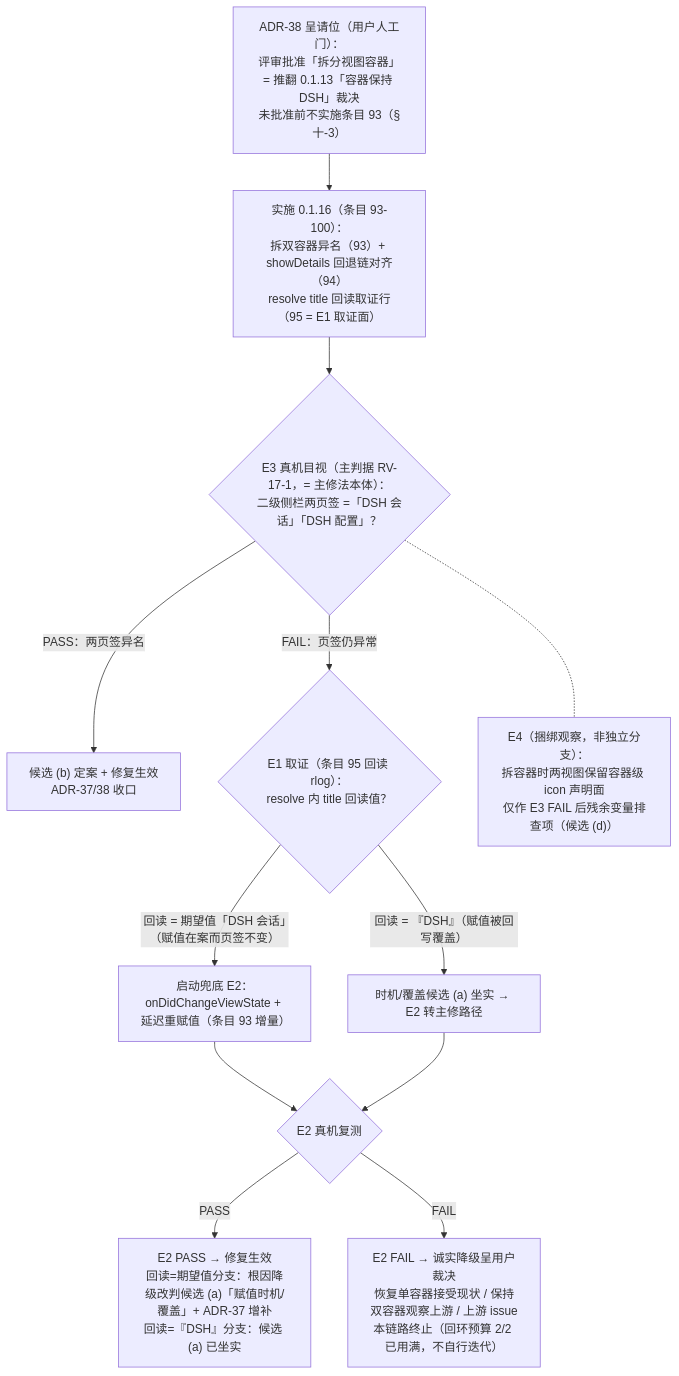
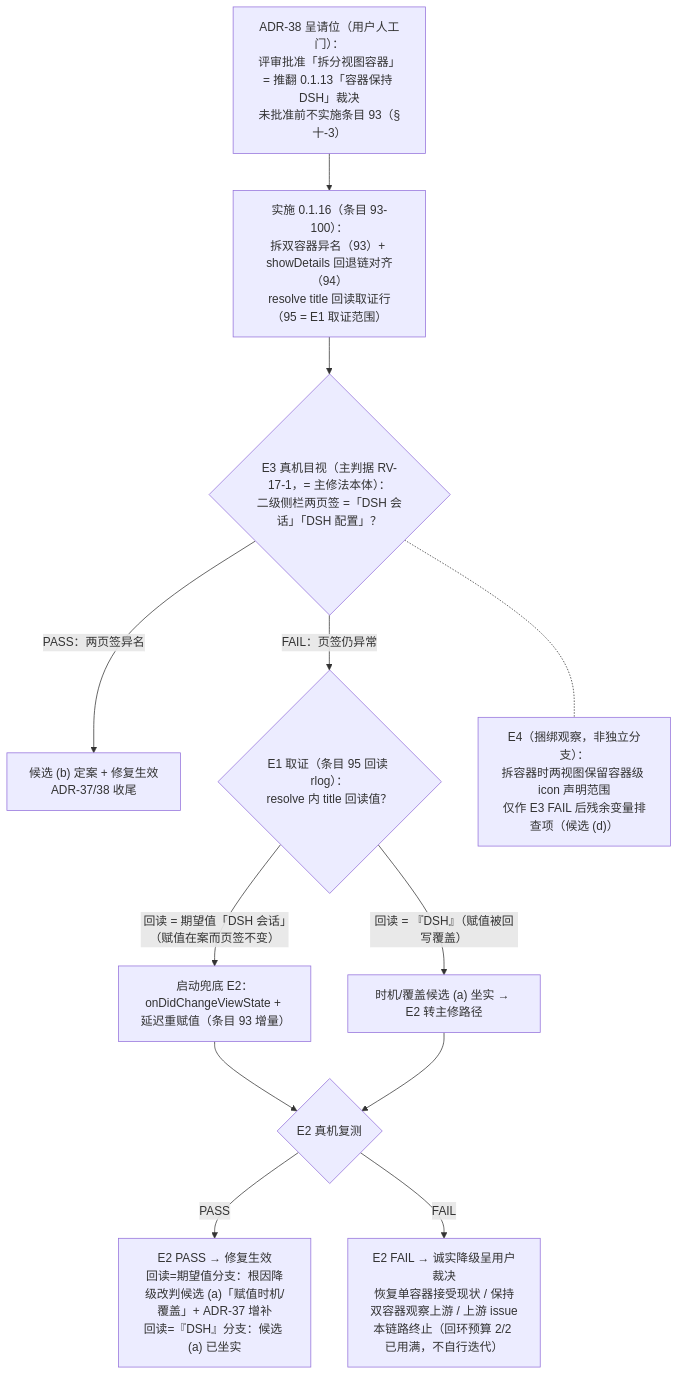
Before and after one commit to baikangwang/dsh-vscode-agent: the third of 3 diagrams in docs/0.1.16修复设计-视图页签标题与启动时刻.md, drawn with Mermaid. The commit also changed other lines of this file and 29 other files, not shown here.

````diff
--- a/docs/0.1.16修复设计-视图页签标题与启动时刻.md
+++ b/docs/0.1.16修复设计-视图页签标题与启动时刻.md
@@ -373,24 +373,24 @@
 ```mermaid
 flowchart TD
     ADR38["ADR-38 呈请位（用户人工门）：<br/>评审批准「拆分视图容器」= 推翻 0.1.13「容器保持 DSH」裁决<br/>未批准前不实施条目 93（§十-3）"]
-    IMP["实施 0.1.16（条目 93-100）：<br/>拆双容器异名（93）+ showDetails 回退链对齐（94）<br/>resolve title 回读取证行（95 = E1 取证面）"]
+    IMP["实施 0.1.16（条目 93-100）：<br/>拆双容器异名（93）+ showDetails 回退链对齐（94）<br/>resolve title 回读取证行（95 = E1 取证范围）"]
     E3{"E3 真机目视（主判据 RV-17-1，= 主修法本体）：<br/>二级侧栏两页签 =「DSH 会话」「DSH 配置」？"}
-    PASSB["候选 (b) 定案 + 修复生效<br/>ADR-37/38 收口"]
+    PASSB["候选 (b) 定案 + 修复生效<br/>ADR-37/38 收尾"]
     E1{"E1 取证（条目 95 回读 rlog）：<br/>resolve 内 title 回读值？"}
     E2A["启动兜底 E2：<br/>onDidChangeViewState + 延迟重赋值（条目 93 增量）"]
     E2B["时机/覆盖候选 (a) 坐实 → E2 转主修路径"]
     E2{"E2 真机复测"}
     E2P["E2 PASS → 修复生效<br/>回读=期望值分支：根因降级改判候选 (a)「赋值时机/覆盖」+ ADR-37 增补<br/>回读=『DSH』分支：候选 (a) 已坐实"]
     DOWN["E2 FAIL → 诚实降级呈用户裁决<br/>恢复单容器接受现状 / 保持双容器观察上游 / 上游 issue<br/>本链路终止（回环预算 2/2 已用满，不自行迭代）"]
-    E4N["E4（捆绑观察，非独立分支）：<br/>拆容器时两视图保留容器级 icon 声明面<br/>仅作 E3 FAIL 后残余变量排查项（候选 (d)）"]
+    E4N["E4（捆绑观察，非独立分支）：<br/>拆容器时两视图保留容器级 icon 声明范围<br/>仅作 E3 FAIL 后残余变量排查项（候选 (d)）"]
     ADR38 --> IMP --> E3
     E3 -->|"PASS：两页签异名"| PASSB
     E3 -->|"FAIL：页签仍异常"| E1
     E1 -->|"回读 = 期望值「DSH 会话」（赋值在案而页签不变）"| E2A
     E1 -->|"回读 = 『DSH』（赋值被回写覆盖）"| E2B
     E2A --> E2
     E2B --> E2
     E2 -->|"PASS"| E2P
     E2 -->|"FAIL"| DOWN
     E3 -.- E4N
 ```
````
